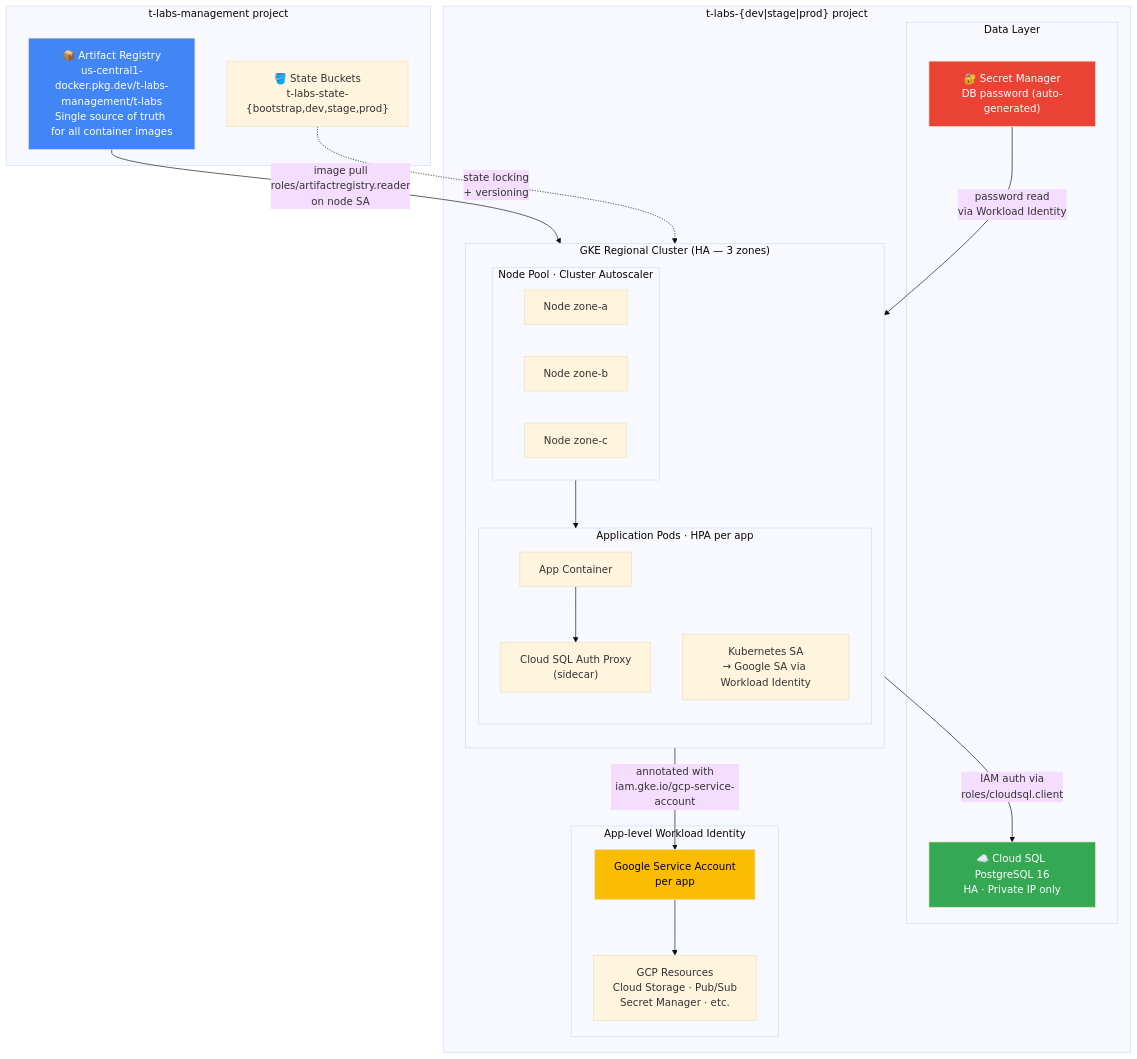
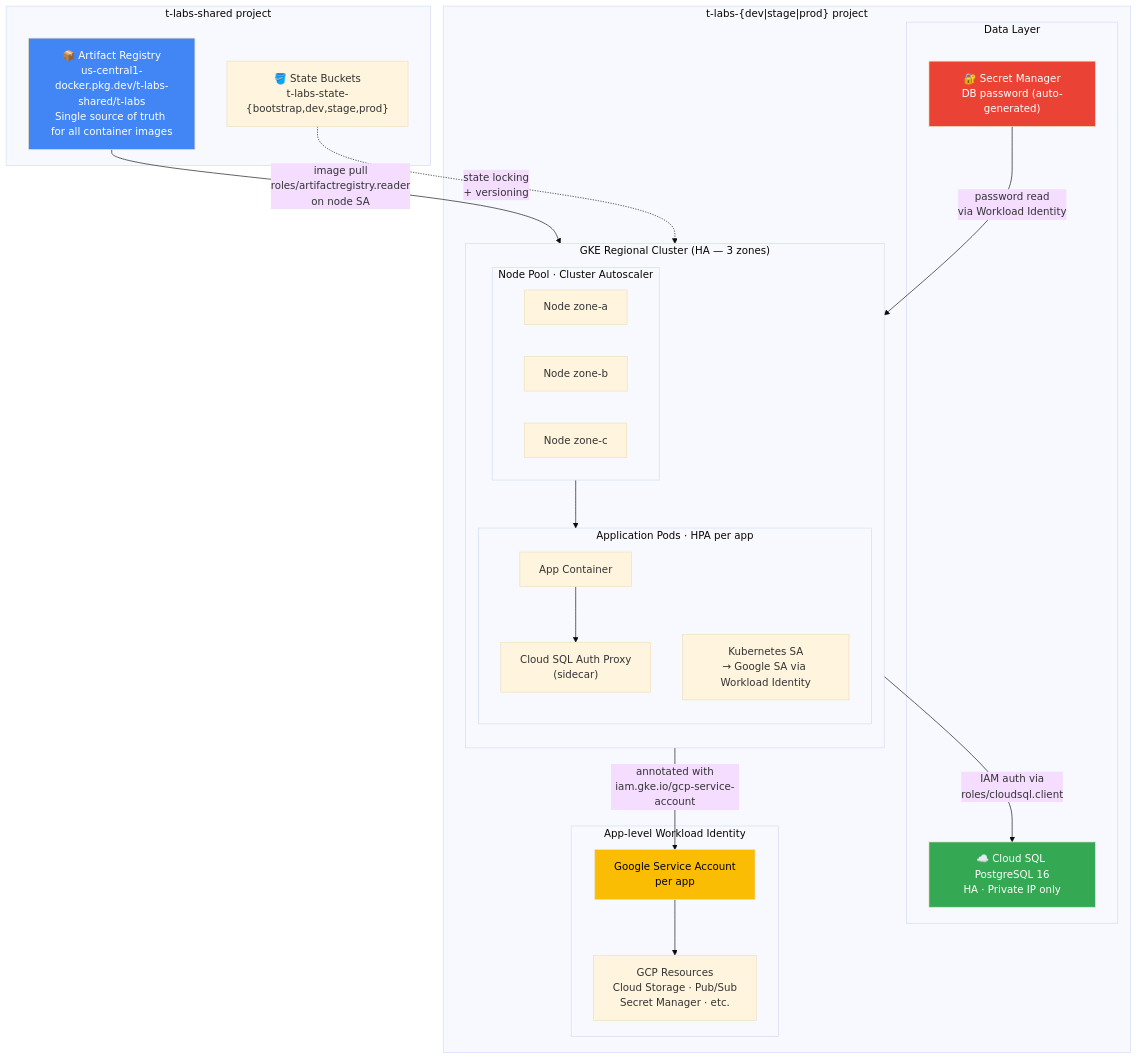
Before and after one commit to arpeetk/t-labs: the fourth of 4 diagrams in README.md, drawn with Mermaid (base theme). The commit also changed other lines of this file and 16 other files, not shown here.

First line of the commit message:
Rename management → shared project, add org policies and audit logging

````diff
--- a/README.md
+++ b/README.md
@@ -139,51 +139,51 @@
 ```mermaid
 graph TD
-    subgraph MGMT["t-labs-management project"]
-        AR["📦 Artifact Registry<br/>us-central1-docker.pkg.dev/t-labs-management/t-labs<br/>Single source of truth for all container images"]
+    subgraph MGMT["t-labs-shared project"]
+        AR["📦 Artifact Registry<br/>us-central1-docker.pkg.dev/t-labs-shared/t-labs<br/>Single source of truth for all container images"]
         SB["🪣 State Buckets<br/>t-labs-state-{bootstrap,dev,stage,prod}"]
     end
 
     subgraph ENV["t-labs-{dev|stage|prod} project"]
 
         subgraph GKE["GKE Regional Cluster (HA — 3 zones)"]
             direction TB
 
             subgraph NP["Node Pool · Cluster Autoscaler"]
                 N1["Node zone-a"] 
                 N2["Node zone-b"]
                 N3["Node zone-c"]
             end
 
             subgraph PODS["Application Pods · HPA per app"]
                 APP["App Container"]
                 PROXY["Cloud SQL Auth Proxy<br/>(sidecar)"]
                 KSA["Kubernetes SA<br/>→ Google SA via Workload Identity"]
             end
         end
 
         subgraph DATA["Data Layer"]
             CSQL["☁️ Cloud SQL PostgreSQL 16<br/>HA · Private IP only"]
             SM["🔐 Secret Manager<br/>DB password (auto-generated)"]
         end
 
         subgraph IAM_APP["App-level Workload Identity"]
             GSA["Google Service Account<br/>per app"]
             GCP_RES["GCP Resources<br/>Cloud Storage · Pub/Sub<br/>Secret Manager · etc."]
         end
 
     end
 
     AR -->|"image pull<br/>roles/artifactregistry.reader<br/>on node SA"| NP
     NP --> PODS
     APP --> PROXY
     PROXY -->|"IAM auth via<br/>roles/cloudsql.client"| CSQL
     SM -->|"password read<br/>via Workload Identity"| APP
     KSA -->|"annotated with<br/>iam.gke.io/gcp-service-account"| GSA
     GSA --> GCP_RES
     SB -.->|"state locking<br/>+ versioning"| GKE
 
     style AR fill:#4285F4,color:#fff
     style CSQL fill:#34a853,color:#fff
     style SM fill:#ea4335,color:#fff
     style GSA fill:#fbbc04,color:#000
 ```
````
